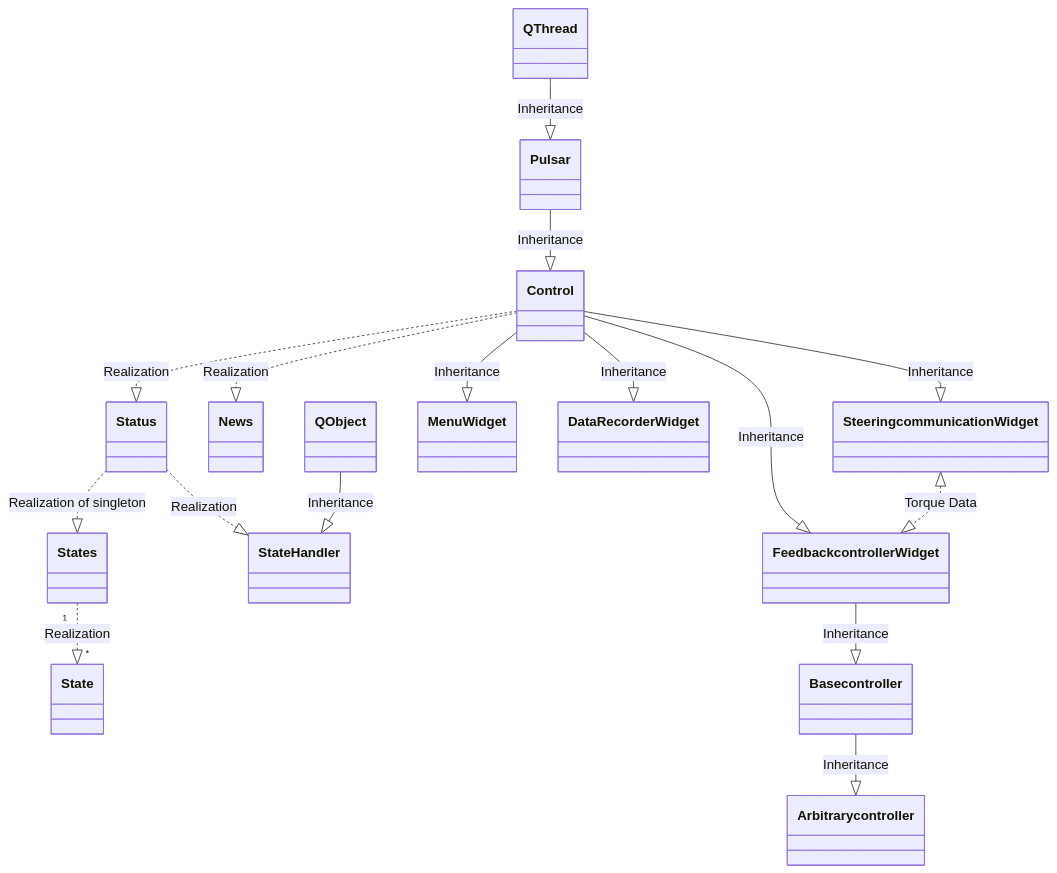
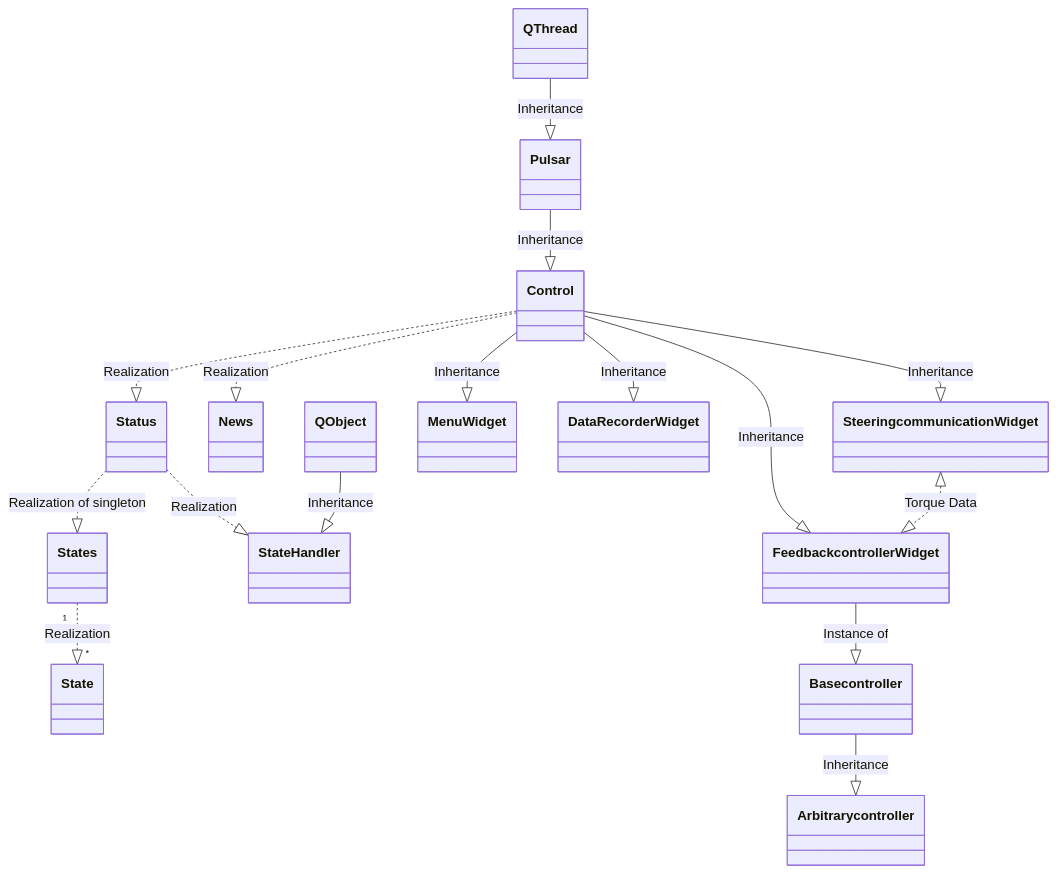
One commit to tud-hri/joan changed the diagram in README.md. Above: the diagram before and after it, drawn with Mermaid. The commit also changed other lines of this file, not shown here.

Commit message:
instance of instead of inheritance

````diff
--- a/README.md
+++ b/README.md
@@ -32,35 +32,35 @@
 ```mermaid
     classDiagram
         class Status
         class News
         class State
         class States
         class StateHandler
         class Pulsar
         class QObject
         class QThread
         class MenuWidget
         class DataRecorderWidget
         class FeedbackcontrollerWidget
         class Basecontroller
         class Arbitrarycontroller
 
         States "1" ..|> "*" State : Realization
         Status ..|> States : Realization of singleton
         Status ..|> StateHandler : Realization
         QObject --|> StateHandler : Inheritance
         QThread --|> Pulsar : Inheritance
         Pulsar --|> Control : Inheritance
         Control ..|> Status : Realization
         Control ..|> News : Realization
         Control --|> MenuWidget : Inheritance
         Control  --|> DataRecorderWidget : Inheritance
         Control --|> FeedbackcontrollerWidget: Inheritance
         Control --|> SteeringcommunicationWidget: Inheritance
 
-        FeedbackcontrollerWidget --|> Basecontroller: Inheritance
+        FeedbackcontrollerWidget --|> Basecontroller: Instance of
         Basecontroller --|> Arbitrarycontroller: Inheritance
 
         SteeringcommunicationWidget <|..|> FeedbackcontrollerWidget : Torque Data
 
 ```
````
